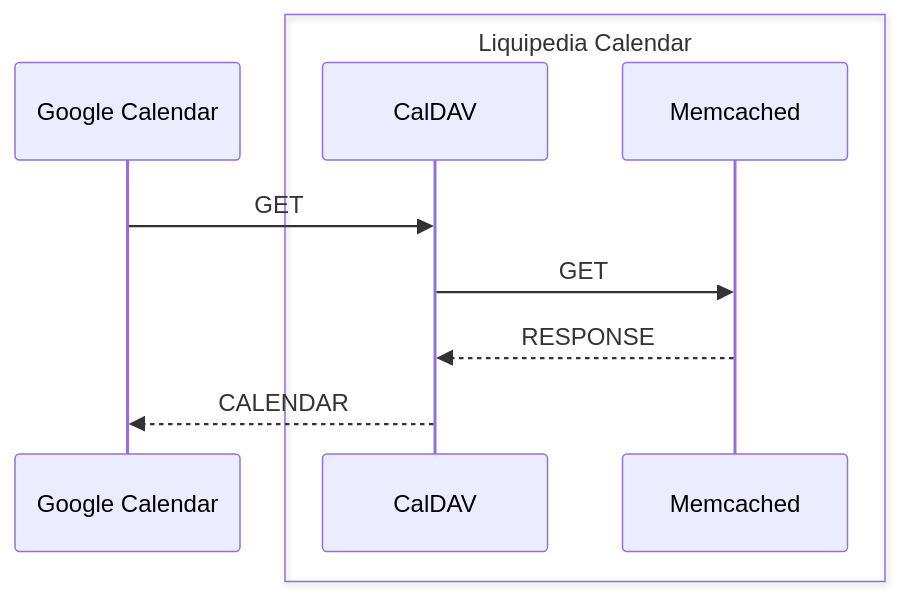
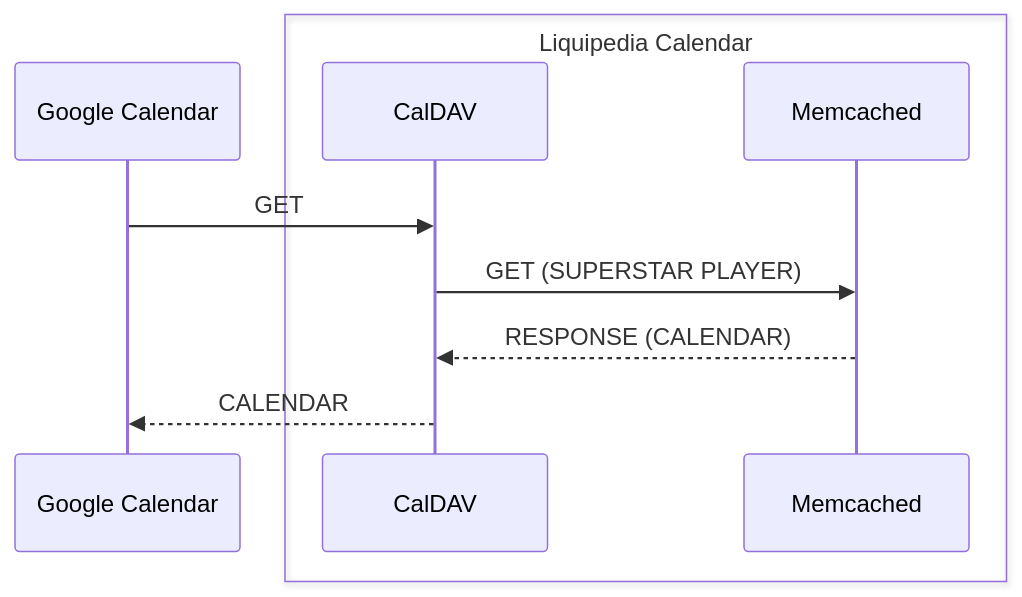
The third of 3 diagrams in DESIGN.md (Napolitain/liquipedia-calendar), drawn with Mermaid before and after one commit. The commit also changed other lines of this file, not shown here.

````diff
--- a/DESIGN.md
+++ b/DESIGN.md
@@ -31,12 +56,12 @@
 ```mermaid
 sequenceDiagram
     participant Google Calendar
     box Liquipedia Calendar
         participant CalDAV
         participant Memcached
     end
     Google Calendar->>CalDAV: GET
-    CalDAV->>Memcached: GET
-    Memcached-->>CalDAV: RESPONSE
+    CalDAV->>Memcached: GET (SUPERSTAR PLAYER)
+    Memcached-->>CalDAV: RESPONSE (CALENDAR)
     CalDAV-->>Google Calendar: CALENDAR
 ```
````
